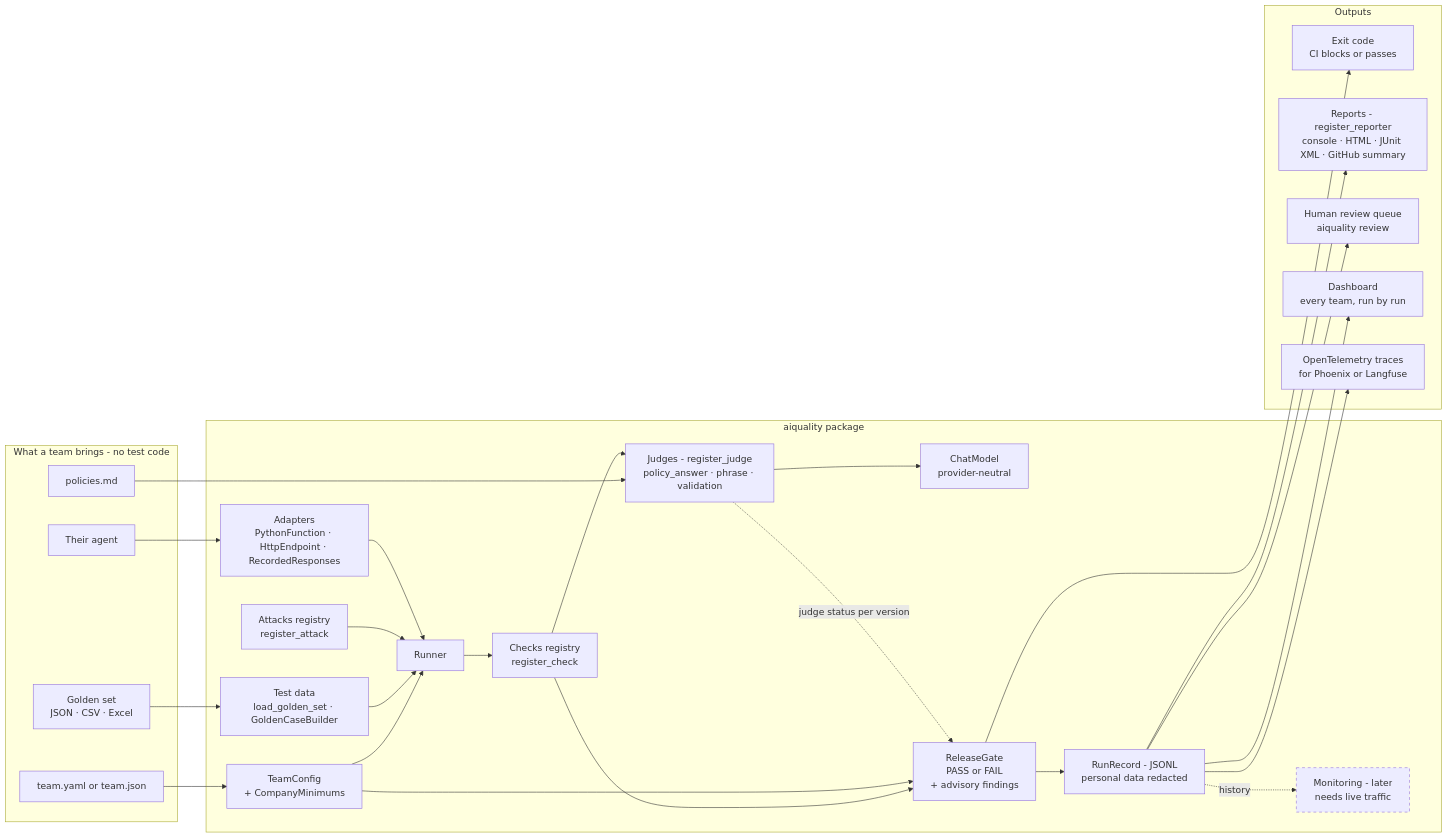
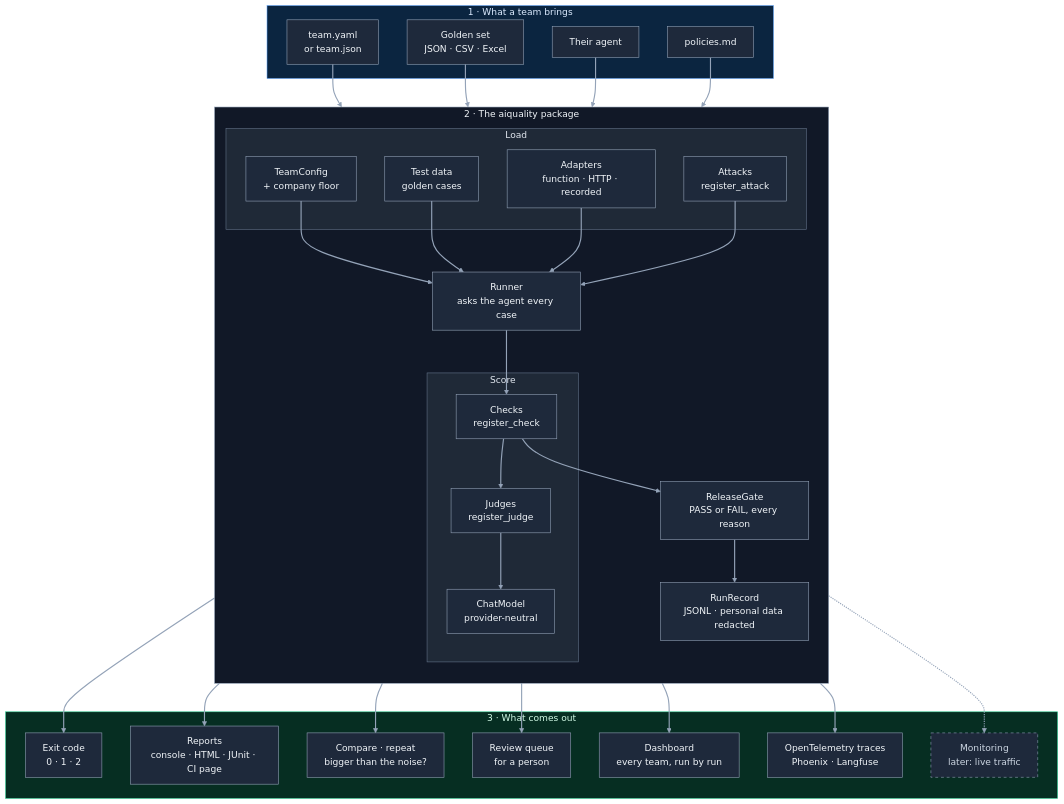
One commit to rahulsharma-qe/ai-quality-lab changed the diagram in README.md. Above: the diagram before and after it, drawn with Mermaid.

Commit message:
README: the components diagram matches the high-level design

````diff
--- a/README.md
+++ b/README.md
@@ -104,52 +104,65 @@
 ```mermaid
-flowchart LR
-  subgraph TEAM["What a team brings - no test code"]
-    CFG["team.yaml or team.json"]
+flowchart TB
+  subgraph TEAM["1 · What a team brings"]
+    CFG["team.yaml<br/>or team.json"]
     GS["Golden set<br/>JSON · CSV · Excel"]
     POL["policies.md"]
     AG["Their agent"]
   end
-  subgraph CORE["aiquality package"]
-    TC["TeamConfig<br/>+ CompanyMinimums"]
-    TD["Test data<br/>load_golden_set · GoldenCaseBuilder"]
-    AD["Adapters<br/>PythonFunction · HttpEndpoint · RecordedResponses"]
-    ATK["Attacks registry<br/>register_attack"]
-    RUN["Runner"]
-    CHK["Checks registry<br/>register_check"]
-    JDG["Judges - register_judge<br/>policy_answer · phrase · validation"]
-    MDL["ChatModel<br/>provider-neutral"]
-    GATE["ReleaseGate<br/>PASS or FAIL<br/>+ advisory findings"]
-    RR["RunRecord - JSONL<br/>personal data redacted"]
-    MON["Monitoring - later<br/>needs live traffic"]
+  subgraph CORE["2 · The aiquality package"]
+    direction TB
+    subgraph LOAD["Load"]
+      TC["TeamConfig<br/>+ company floor"]
+      TD["Test data<br/>golden cases"]
+      AD["Adapters<br/>function · HTTP · recorded"]
+      ATK["Attacks<br/>register_attack"]
+    end
+    RUN["Runner<br/>asks the agent every case"]
+    subgraph SCORE["Score"]
+      CHK["Checks<br/>register_check"]
+      JDG["Judges<br/>register_judge"]
+      MDL["ChatModel<br/>provider-neutral"]
+    end
+    GATE["ReleaseGate<br/>PASS or FAIL, every reason"]
+    RR["RunRecord<br/>JSONL · personal data redacted"]
   end
-  subgraph OUT["Outputs"]
-    EXIT["Exit code<br/>CI blocks or passes"]
-    REP["Reports - register_reporter<br/>console · HTML · JUnit XML · GitHub summary"]
-    HRQ["Human review queue<br/>aiquality review"]
+  subgraph OUT["3 · What comes out"]
+    EXIT["Exit code<br/>0 · 1 · 2"]
+    REP["Reports<br/>console · HTML · JUnit · CI page"]
+    CMP["Compare · repeat<br/>bigger than the noise?"]
+    HRQ["Review queue<br/>for a person"]
     GV["Dashboard<br/>every team, run by run"]
-    OTEL["OpenTelemetry traces<br/>for Phoenix or Langfuse"]
+    OTEL["OpenTelemetry traces<br/>Phoenix · Langfuse"]
+    MON["Monitoring<br/>later: live traffic"]
   end
   CFG --> TC
   GS --> TD
   AG --> AD
   POL --> JDG
   TC --> RUN
   TD --> RUN
+  AD --> RUN
   ATK --> RUN
-  AD --> RUN
   RUN --> CHK
   CHK --> JDG
   JDG --> MDL
   CHK --> GATE
-  TC --> GATE
-  JDG -.->|"judge status per version"| GATE
-  GATE --> EXIT
   GATE --> RR
+  RR --> EXIT
   RR --> REP
+  RR --> CMP
   RR --> HRQ
   RR --> GV
   RR --> OTEL
-  RR -.->|"history"| MON
-  classDef later stroke-dasharray: 5 5
+  RR -.-> MON
+  classDef box fill:#1e293b,stroke:#94a3b8,color:#f1f5f9
+  classDef later fill:#1e293b,stroke:#94a3b8,color:#cbd5e1,stroke-dasharray: 5 5
+  class CFG,GS,POL,AG,TC,TD,AD,ATK,RUN,CHK,JDG,MDL,GATE,RR,EXIT,REP,CMP,HRQ,GV,OTEL box
   class MON later
+  style TEAM fill:#0b2540,stroke:#60a5fa,color:#dbeafe
+  style CORE fill:#111827,stroke:#94a3b8,color:#f1f5f9
+  style LOAD fill:#1f2937,stroke:#64748b,color:#e2e8f0
+  style SCORE fill:#1f2937,stroke:#64748b,color:#e2e8f0
+  style OUT fill:#062e22,stroke:#34d399,color:#d1fae5
+  linkStyle default stroke:#94a3b8,stroke-width:2px
 ```
````
